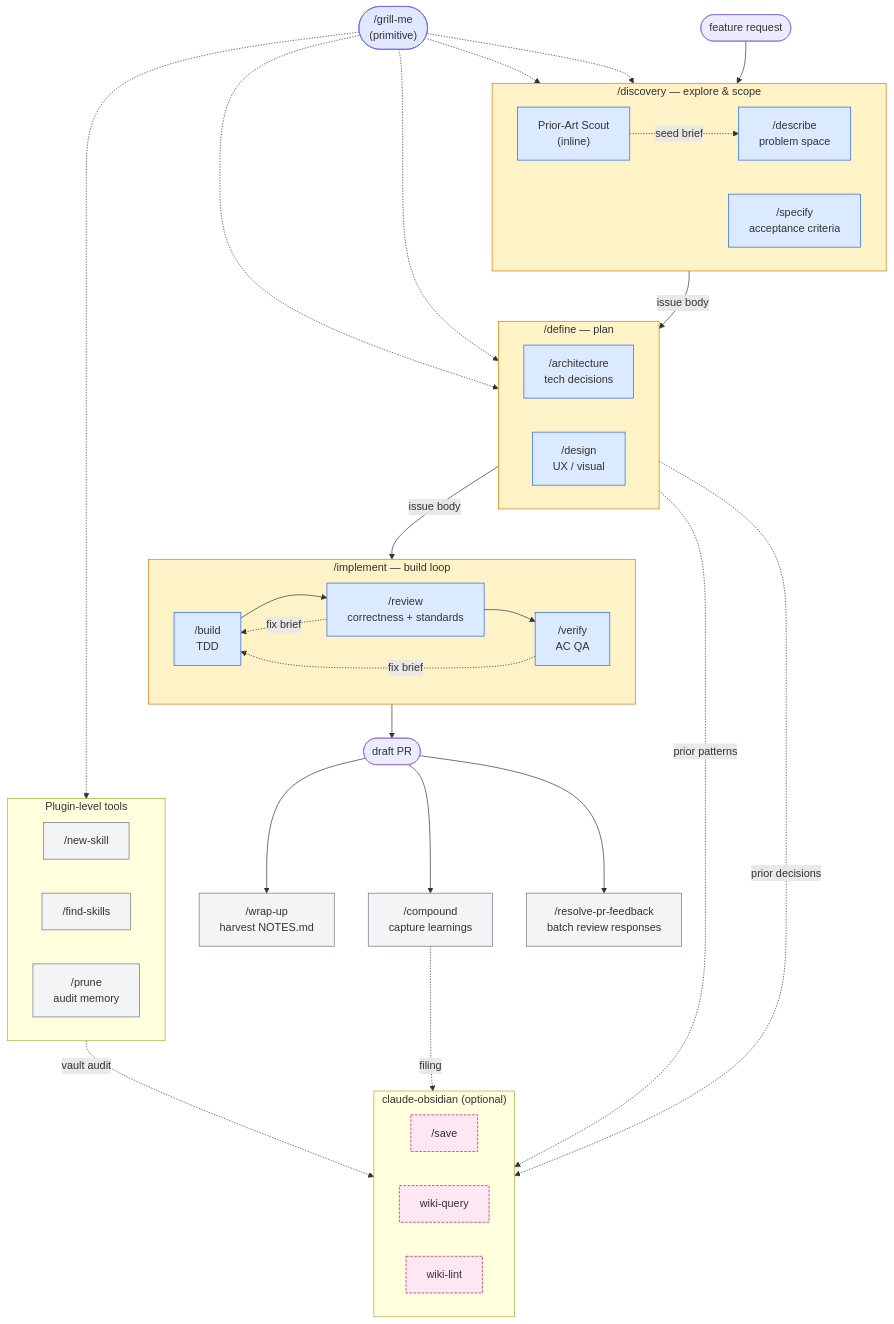
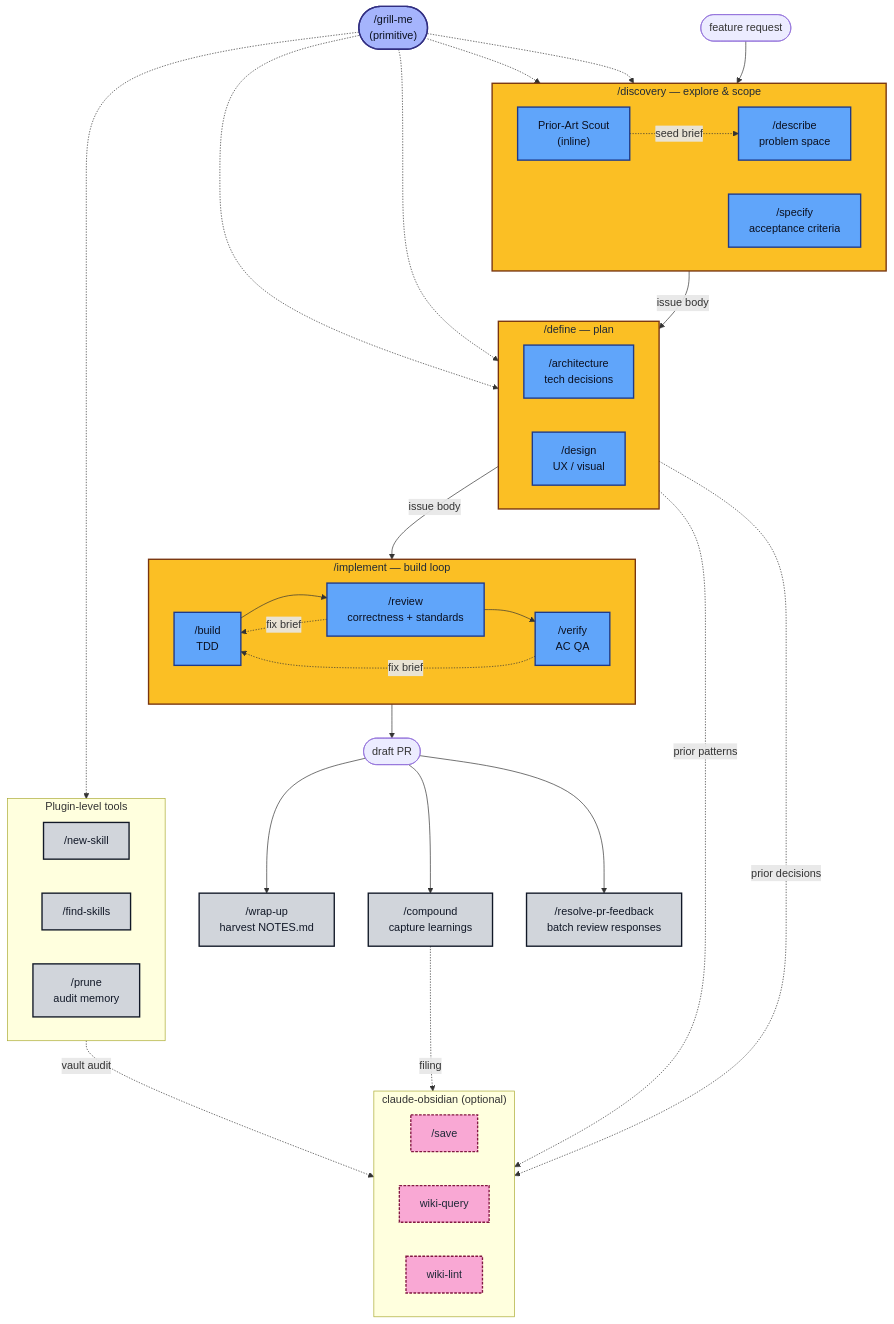
One commit to misiekhardcore/claude-workflow changed the diagram in README.md. Above: the diagram before and after it, drawn with Mermaid.

Commit message:
docs: increase contrast on workflow graph colors

````diff
--- a/README.md
+++ b/README.md
@@ -5,71 +5,71 @@
 ```mermaid
 flowchart TB
     Start([feature request]) --> Discovery
 
     subgraph Discovery["/discovery — explore & scope"]
         direction LR
         D_Describe["/describe<br/>problem space"]
         D_Specify["/specify<br/>acceptance criteria"]
         D_Scout["Prior-Art Scout<br/>(inline)"]
         D_Scout -.seed brief.-> D_Describe
     end
 
     subgraph Define["/define — plan"]
         direction LR
         Df_Arch["/architecture<br/>tech decisions"]
         Df_Design["/design<br/>UX / visual"]
     end
 
     subgraph Implement["/implement — build loop"]
         direction LR
         I_Build["/build<br/>TDD"]
         I_Review["/review<br/>correctness + standards"]
         I_Verify["/verify<br/>AC QA"]
         I_Build --> I_Review --> I_Verify
         I_Verify -.fix brief.-> I_Build
         I_Review -.fix brief.-> I_Build
     end
 
     Discovery -->|issue body| Define
     Define -->|issue body| Implement
     Implement --> PR([draft PR])
     PR --> WrapUp["/wrap-up<br/>harvest NOTES.md"]
     PR --> Compound["/compound<br/>capture learnings"]
     PR --> ResolvePR["/resolve-pr-feedback<br/>batch review responses"]
 
     GrillMe(["/grill-me<br/>(primitive)"])
     GrillMe -.-> D_Describe
     GrillMe -.-> D_Specify
     GrillMe -.-> Df_Arch
     GrillMe -.-> Df_Design
 
     subgraph Meta["Plugin-level tools"]
         direction LR
         NewSkill["/new-skill"]
         FindSkills["/find-skills"]
         Prune["/prune<br/>audit memory"]
     end
     GrillMe -.-> NewSkill
 
     subgraph Obsidian["claude-obsidian (optional)"]
         direction LR
         Save["/save"]
         WikiQuery["wiki-query"]
         WikiLint["wiki-lint"]
     end
     Compound -. filing .-> Save
     Df_Arch -. prior patterns .-> WikiQuery
     Define -. prior decisions .-> WikiQuery
     Prune -. vault audit .-> WikiLint
 
-    classDef orch fill:#fef3c7,stroke:#d97706
-    classDef spec fill:#dbeafe,stroke:#2563eb
-    classDef prim fill:#e0e7ff,stroke:#6366f1
-    classDef meta fill:#f3f4f6,stroke:#6b7280
-    classDef ext  fill:#fce7f3,stroke:#be185d,stroke-dasharray: 4 2
+    classDef orch fill:#fbbf24,stroke:#78350f,stroke-width:2px,color:#1f2937
+    classDef spec fill:#60a5fa,stroke:#1e3a8a,stroke-width:2px,color:#0b1020
+    classDef prim fill:#a5b4fc,stroke:#312e81,stroke-width:2px,color:#0b1020
+    classDef meta fill:#d1d5db,stroke:#111827,stroke-width:2px,color:#111827
+    classDef ext  fill:#f9a8d4,stroke:#831843,stroke-width:2px,stroke-dasharray:4 2,color:#1f2937
     class Discovery,Define,Implement orch
     class D_Describe,D_Specify,D_Scout,Df_Arch,Df_Design,I_Build,I_Review,I_Verify spec
     class GrillMe prim
     class NewSkill,FindSkills,Prune,WrapUp,Compound,ResolvePR meta
     class Save,WikiQuery,WikiLint ext
 ```
````
